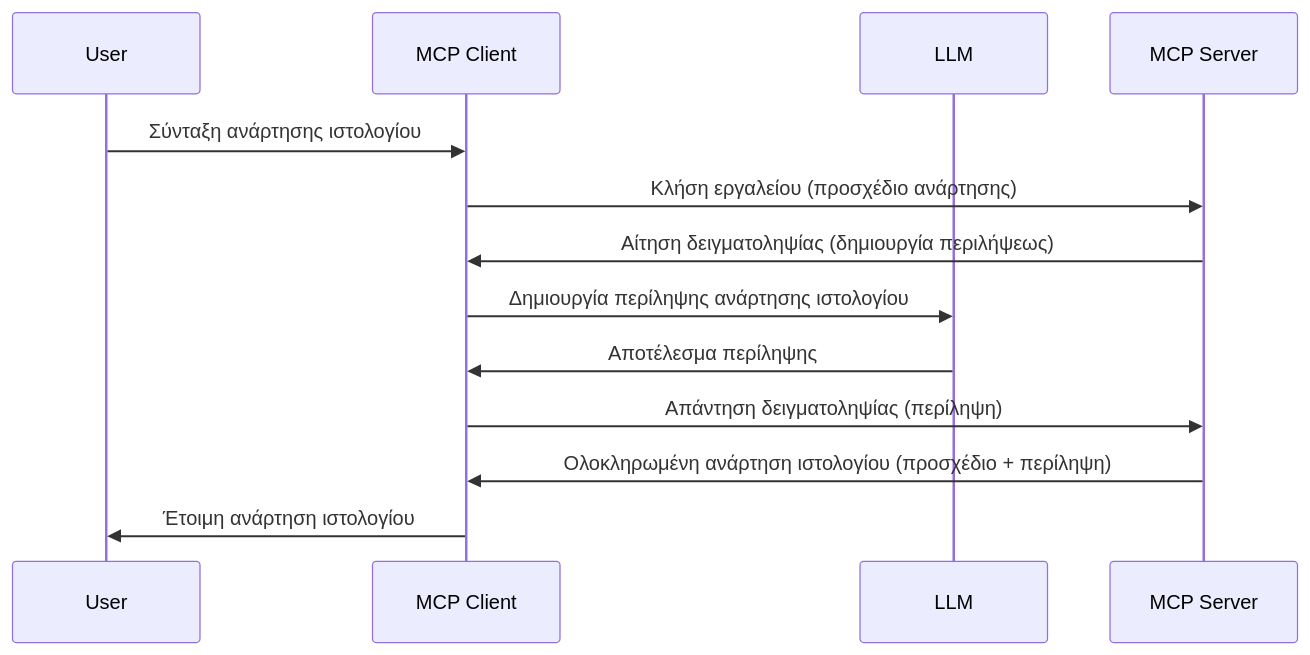
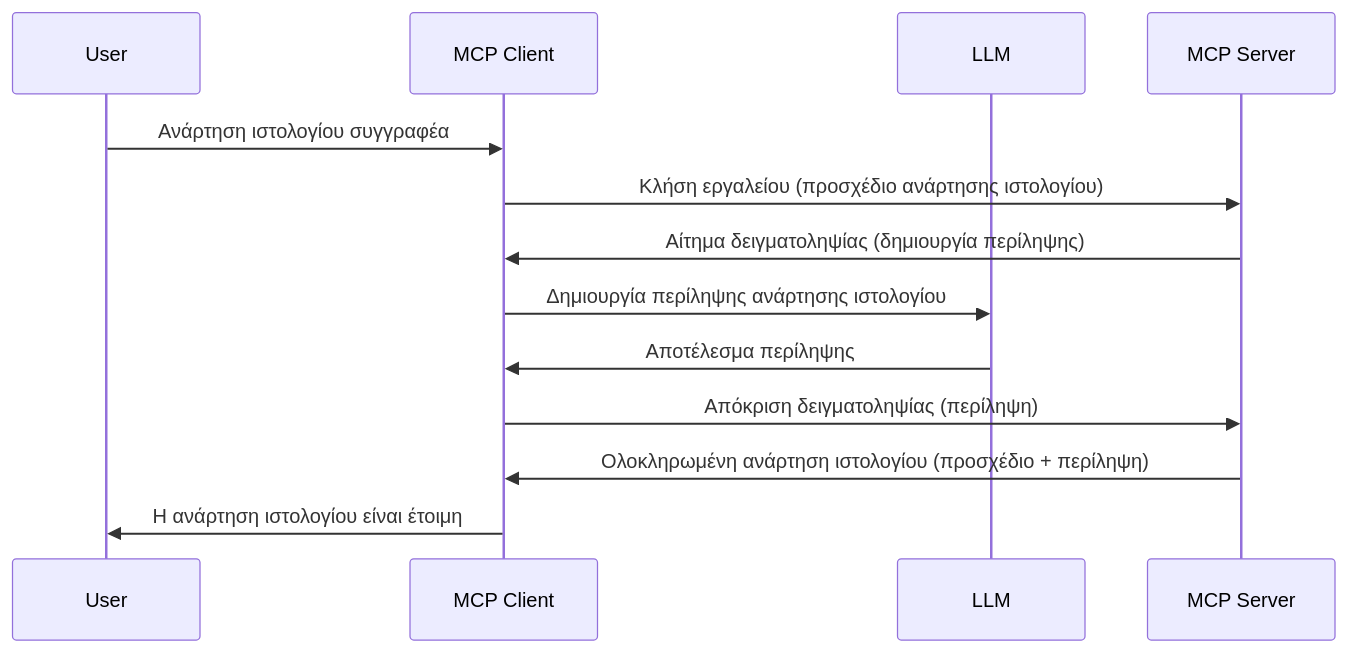
The diagram in mcp_ecosystem__model_context_protocol/mcp_learning_resources/mcp-for-beginners/translations/el/03-GettingStarted/14-sampling/README.md (HIDORAKAI002/ai-workspace-archive), drawn with Mermaid before and after one commit. The commit also changed other lines of this file and 1046 other files, not shown here.

````diff
--- a/mcp_ecosystem__model_context_protocol/mcp_learning_resources/mcp-for-beginners/translations/el/03-GettingStarted/14-sampling/README.md
+++ b/mcp_ecosystem__model_context_protocol/mcp_learning_resources/mcp-for-beginners/translations/el/03-GettingStarted/14-sampling/README.md
@@ -23,16 +25,16 @@
 ```mermaid
 sequenceDiagram
     participant User
     participant MCP Client
     participant LLM
     participant MCP Server
 
-    User->>MCP Client: Σύνταξη ανάρτησης ιστολογίου
-    MCP Client->>MCP Server: Κλήση εργαλείου (προσχέδιο ανάρτησης)
-    MCP Server->>MCP Client: Αίτηση δειγματοληψίας (δημιουργία περιλήψεως)
+    User->>MCP Client: Ανάρτηση ιστολογίου συγγραφέα
+    MCP Client->>MCP Server: Κλήση εργαλείου (προσχέδιο ανάρτησης ιστολογίου)
+    MCP Server->>MCP Client: Αίτημα δειγματοληψίας (δημιουργία περίληψης)
     MCP Client->>LLM: Δημιουργία περίληψης ανάρτησης ιστολογίου
     LLM->>MCP Client: Αποτέλεσμα περίληψης
-    MCP Client->>MCP Server: Απάντηση δειγματοληψίας (περίληψη)
+    MCP Client->>MCP Server: Απόκριση δειγματοληψίας (περίληψη)
     MCP Server->>MCP Client: Ολοκληρωμένη ανάρτηση ιστολογίου (προσχέδιο + περίληψη)
-    MCP Client->>User: Έτοιμη ανάρτηση ιστολογίου
+    MCP Client->>User: Η ανάρτηση ιστολογίου είναι έτοιμη
 ```
````
